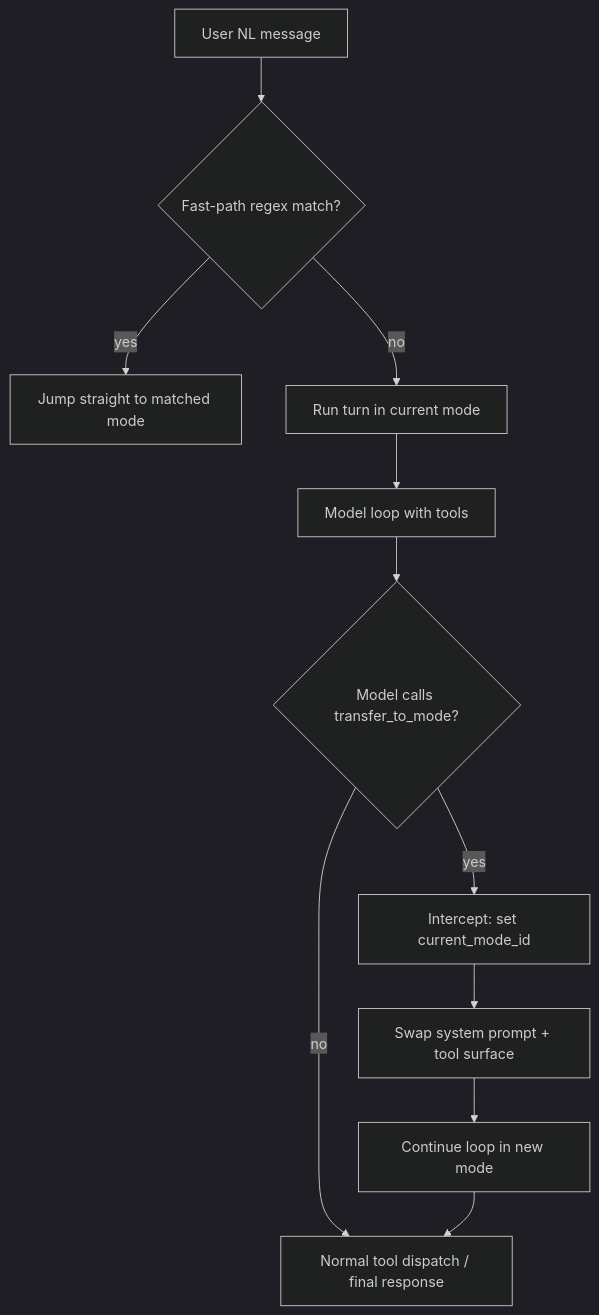
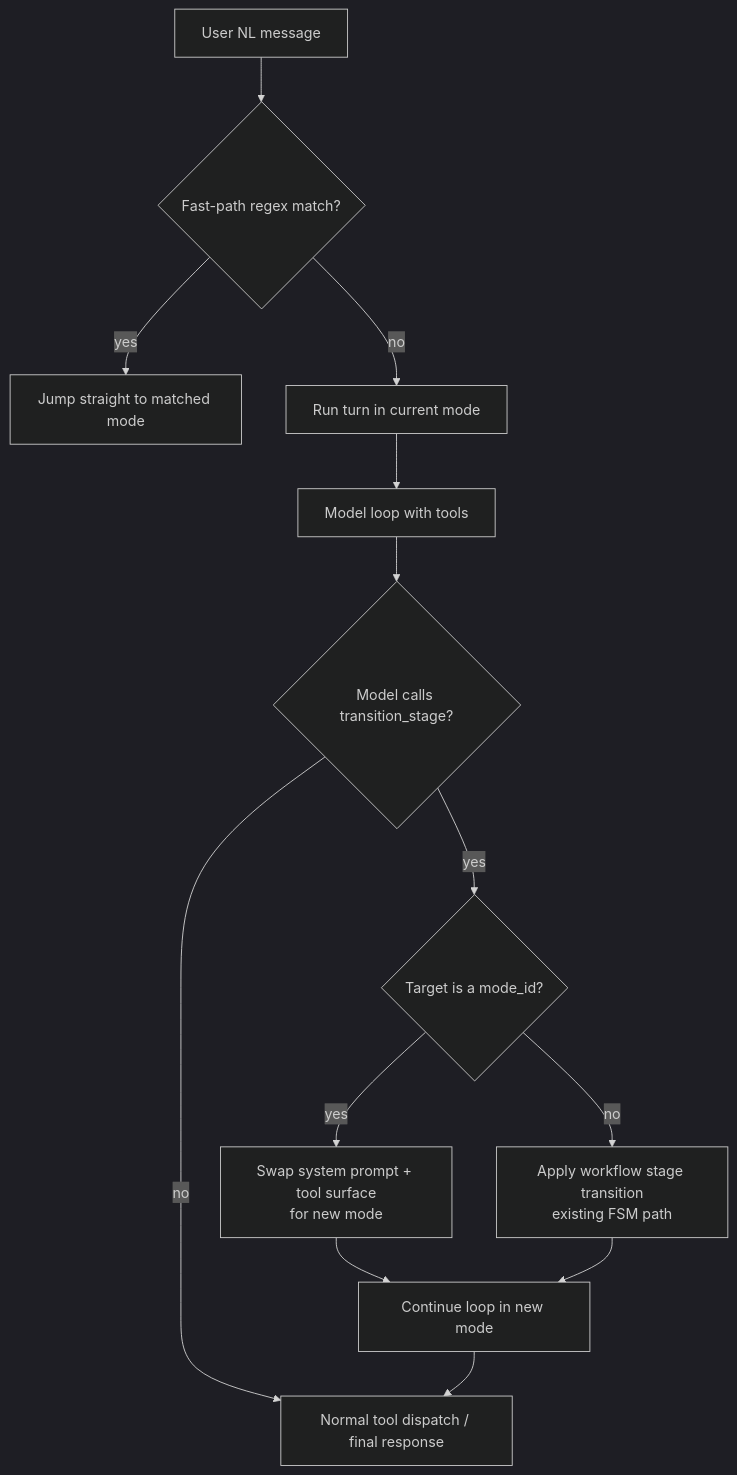
Before and after one commit to Lisa-Harness/lisa: the diagram in docs/ROUTING_RFC_HANDOFF.md, drawn with Mermaid (dark theme). The commit also changed other lines of this file, not shown here.

````diff
--- a/docs/ROUTING_RFC_HANDOFF.md
+++ b/docs/ROUTING_RFC_HANDOFF.md
@@ -73,13 +82,15 @@
 ```mermaid
 flowchart TD
     A[User NL message] --> B{Fast-path regex match?}
     B -->|yes| C[Jump straight to matched mode]
     B -->|no| D[Run turn in current mode]
     D --> E[Model loop with tools]
-    E --> F{Model calls transfer_to_mode?}
-    F -->|yes| G[Intercept: set current_mode_id]
-    G --> H[Swap system prompt + tool surface]
-    H --> I[Continue loop in new mode]
-    F -->|no| J[Normal tool dispatch / final response]
+    E --> F{Model calls transition_stage?}
+    F -->|yes| G{Target is a mode_id?}
+    G -->|yes| H[Swap system prompt + tool surface<br/>for new mode]
+    G -->|no| I[Apply workflow stage transition<br/>existing FSM path]
+    H --> J[Continue loop in new mode]
     I --> J
+    F -->|no| K[Normal tool dispatch / final response]
+    J --> K
 ```
````
